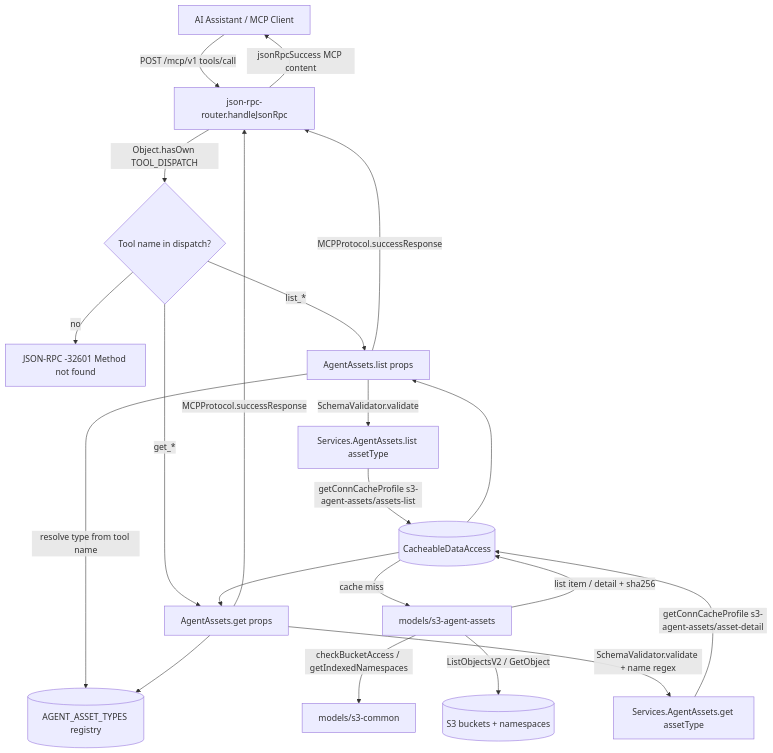
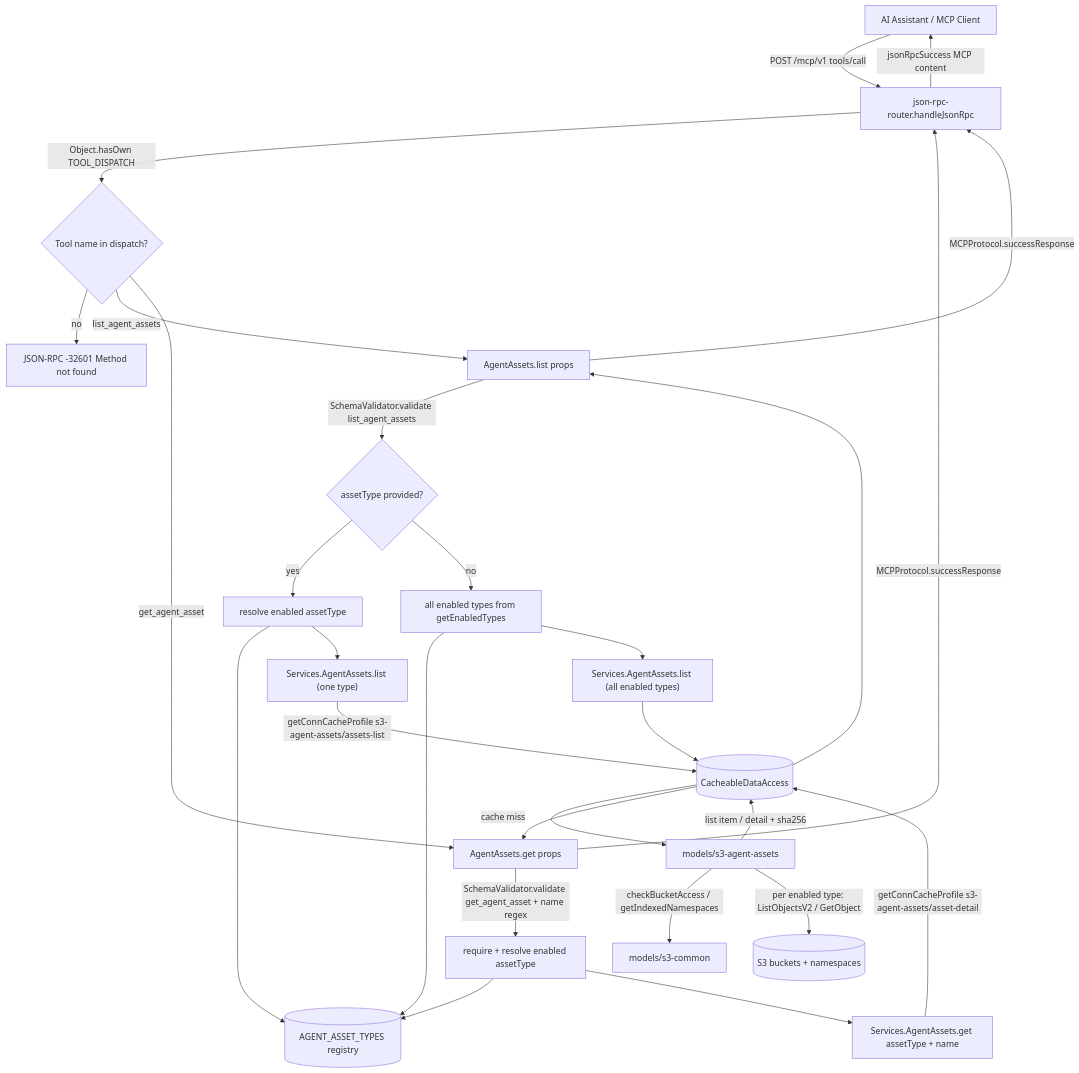
The first of 2 diagrams in .kiro/specs/0-0-6-agent-asset-tools/design.md (63Klabs/atlantis-mcp), drawn with Mermaid before and after one commit. The commit also changed other lines of this file and 56 other files, not shown here.

Commit message:
feat: added agent asset tools to mcp

````diff
--- a/.kiro/specs/0-0-6-agent-asset-tools/design.md
+++ b/.kiro/specs/0-0-6-agent-asset-tools/design.md
@@ -93,23 +111,30 @@
 ```mermaid
 flowchart TD
     Client[AI Assistant / MCP Client] -->|POST /mcp/v1 tools/call| Router[json-rpc-router.handleJsonRpc]
     Router -->|Object.hasOwn TOOL_DISPATCH| Dispatch{Tool name in dispatch?}
     Dispatch -->|no| MNF[JSON-RPC -32601 Method not found]
-    Dispatch -->|list_*| CtrlList[AgentAssets.list props]
-    Dispatch -->|get_*| CtrlGet[AgentAssets.get props]
-    CtrlList -->|resolve type from tool name| Reg[(AGENT_ASSET_TYPES registry)]
-    CtrlGet --> Reg
-    CtrlList -->|SchemaValidator.validate| SvcList[Services.AgentAssets.list assetType]
-    CtrlGet -->|SchemaValidator.validate + name regex| SvcGet[Services.AgentAssets.get assetType]
+    Dispatch -->|list_agent_assets| CtrlList[AgentAssets.list props]
+    Dispatch -->|get_agent_asset| CtrlGet[AgentAssets.get props]
+    CtrlList -->|SchemaValidator.validate list_agent_assets| VList{assetType provided?}
+    CtrlGet -->|SchemaValidator.validate get_agent_asset + name regex| ResolveGet[require + resolve enabled assetType]
+    VList -->|yes| ResolveList[resolve enabled assetType]
+    VList -->|no| AllTypes[all enabled types from getEnabledTypes]
+    ResolveList --> Reg[(AGENT_ASSET_TYPES registry)]
+    ResolveGet --> Reg
+    AllTypes --> Reg
+    ResolveList --> SvcList["Services.AgentAssets.list (one type)"]
+    AllTypes --> SvcList2["Services.AgentAssets.list (all enabled types)"]
+    ResolveGet --> SvcGet[Services.AgentAssets.get assetType + name]
     SvcList -->|getConnCacheProfile s3-agent-assets/assets-list| Cache[(CacheableDataAccess)]
+    SvcList2 --> Cache
     SvcGet -->|getConnCacheProfile s3-agent-assets/asset-detail| Cache
     Cache -->|cache miss| DAO[models/s3-agent-assets]
     DAO -->|checkBucketAccess / getIndexedNamespaces| Common[models/s3-common]
-    DAO -->|ListObjectsV2 / GetObject| S3[(S3 buckets + namespaces)]
+    DAO -->|per enabled type: ListObjectsV2 / GetObject| S3[(S3 buckets + namespaces)]
     DAO -->|list item / detail + sha256| Cache
     Cache --> CtrlList
     Cache --> CtrlGet
     CtrlList -->|MCPProtocol.successResponse| Router
     CtrlGet -->|MCPProtocol.successResponse| Router
     Router -->|jsonRpcSuccess MCP content| Client
 ```
````
